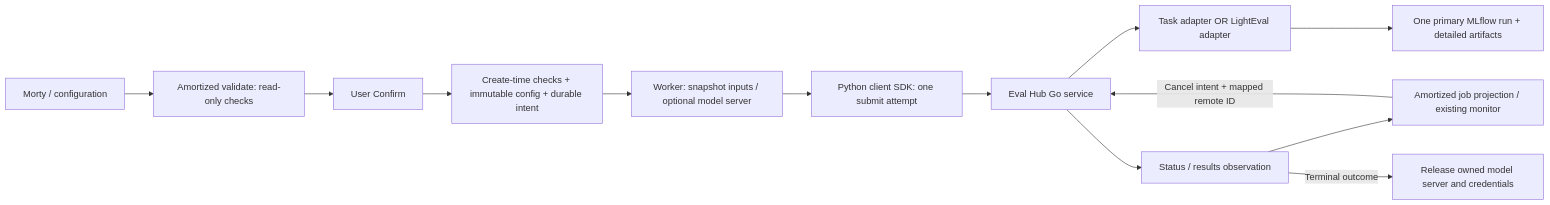
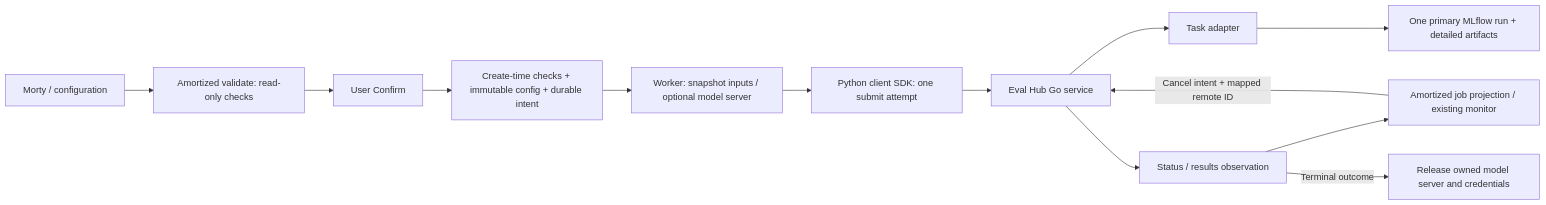
One commit to amortized-ai/amortized changed the diagram in docs/evalhub.md. Above: the diagram before and after it, drawn with Mermaid. The commit also changed other lines of this file and 47 other files, not shown here.

````diff
--- a/docs/evalhub.md
+++ b/docs/evalhub.md
@@ -17,15 +17,15 @@
 ```mermaid
 flowchart LR
   A[Morty / configuration] --> B[Amortized validate: read-only checks]
   B --> C[User Confirm]
   C --> D[Create-time checks + immutable config + durable intent]
   D --> E[Worker: snapshot inputs / optional model server]
   E --> F[Python client SDK: one submit attempt]
   F --> G[Eval Hub Go service]
-  G --> H[Task adapter OR LightEval adapter]
+  G --> H[Task adapter]
   H --> I[One primary MLflow run + detailed artifacts]
   G --> J[Status / results observation]
   J --> K[Amortized job projection / existing monitor]
   K -->|Cancel intent + mapped remote ID| G
   J -->|Terminal outcome| L[Release owned model server and credentials]
 ```
````
